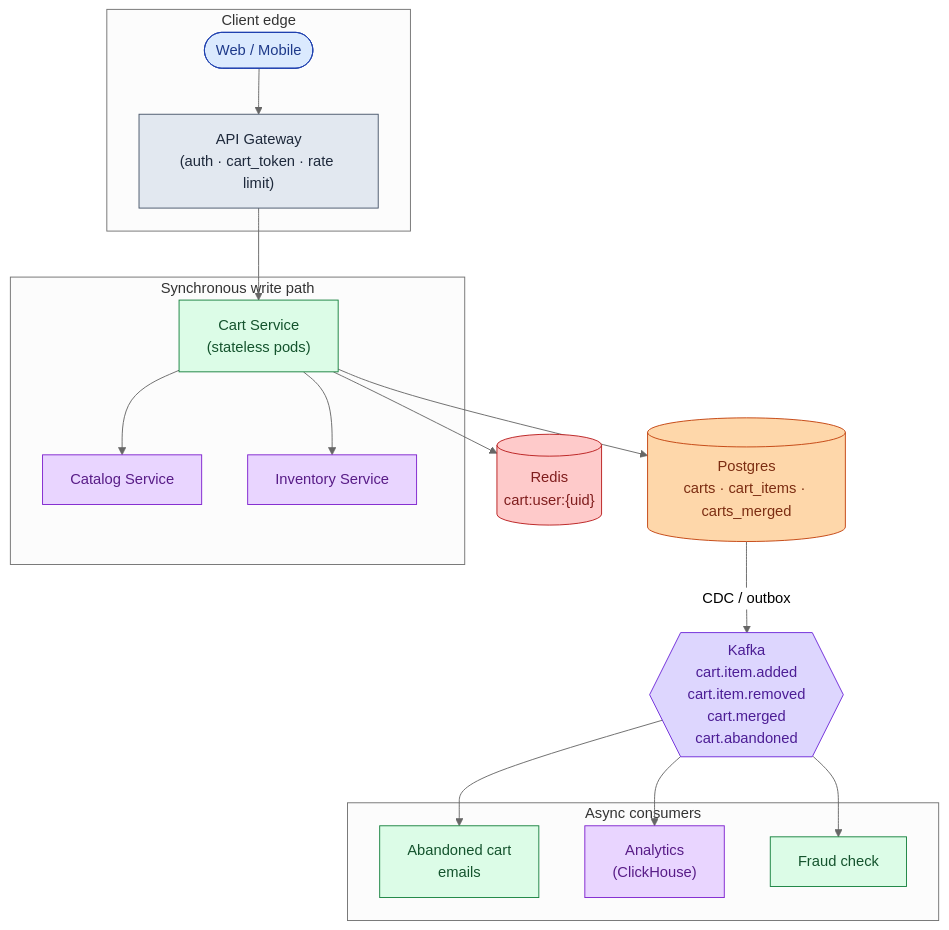
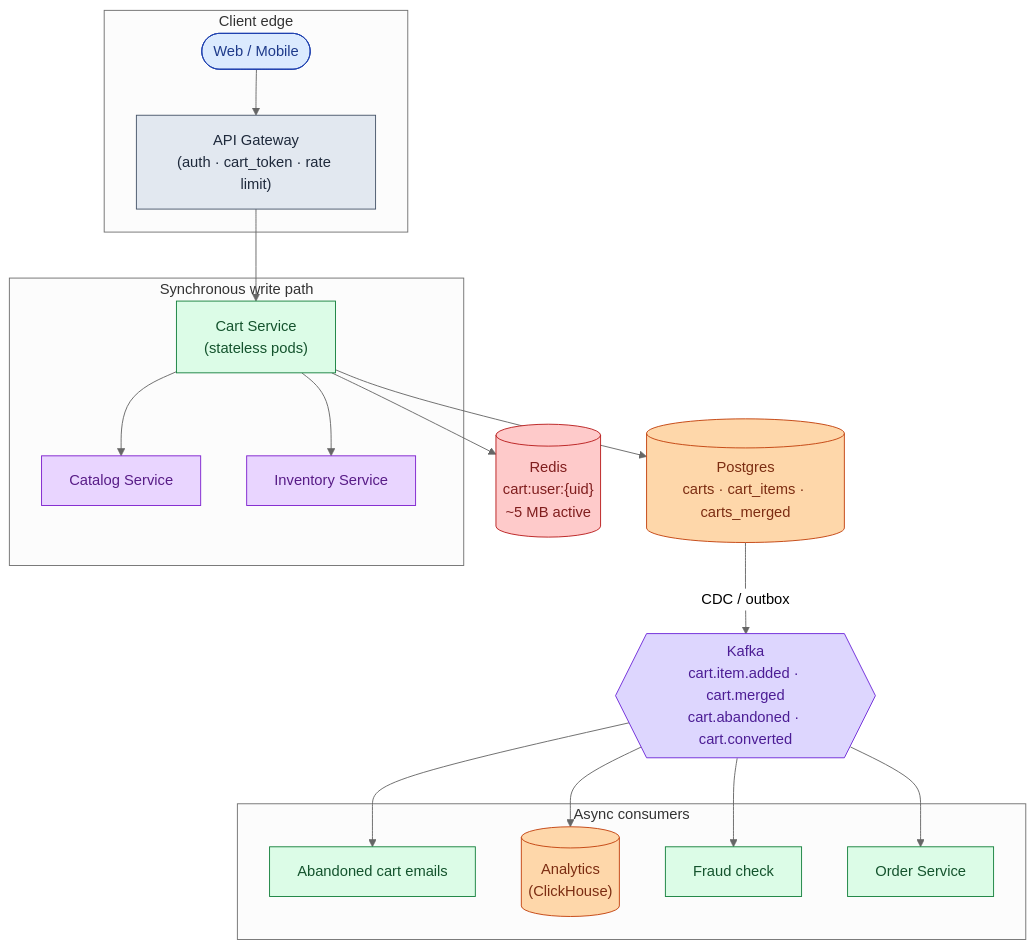
Before and after one commit to shiningflash/shiningflash.github.io: diagram 14 of 16 in _practice/system-design/012-shopping-cart.md, drawn with Mermaid (neutral theme). The commit also changed other lines of this file and 18 other files, not shown here.

````diff
--- a/_practice/system-design/012-shopping-cart.md
+++ b/_practice/system-design/012-shopping-cart.md
@@ -803,43 +862,45 @@
 ```mermaid
 flowchart TB
     subgraph Edge["Client edge"]
         C([Web / Mobile]):::user
         GW["API Gateway<br/>(auth · cart_token · rate limit)"]:::edge
     end
 
     subgraph WritePath["Synchronous write path"]
         CS["Cart Service<br/>(stateless pods)"]:::app
         Cat["Catalog Service"]:::ext
         Inv["Inventory Service"]:::ext
     end
 
     DB[("Postgres<br/>carts · cart_items · carts_merged")]:::db
-    R[("Redis<br/>cart:user:{uid}")]:::cache
+    R[("Redis<br/>cart:user:{uid}<br/>~5 MB active")]:::cache
 
-    K{{"Kafka<br/>cart.item.added<br/>cart.item.removed<br/>cart.merged<br/>cart.abandoned"}}:::queue
+    K{{"Kafka<br/>cart.item.added · cart.merged<br/>cart.abandoned · cart.converted"}}:::queue
 
     subgraph Consumers["Async consumers"]
-        AB["Abandoned cart<br/>emails"]:::app
-        AN["Analytics<br/>(ClickHouse)"]:::ext
+        AB["Abandoned cart emails"]:::app
+        AN[("Analytics<br/>(ClickHouse)")]:::db
         FR["Fraud check"]:::app
+        ORD["Order Service"]:::app
     end
 
     C --> GW
     GW --> CS
     CS --> Cat
     CS --> Inv
     CS --> R
     CS --> DB
     DB -->|CDC / outbox| K
     K --> AB
     K --> AN
     K --> FR
+    K --> ORD
 
     classDef user fill:#dbeafe,stroke:#1e40af,color:#1e3a8a
     classDef edge fill:#e2e8f0,stroke:#475569,color:#1e293b
     classDef app fill:#dcfce7,stroke:#15803d,color:#14532d
     classDef db fill:#fed7aa,stroke:#c2410c,color:#7c2d12
     classDef cache fill:#fecaca,stroke:#b91c1c,color:#7f1d1d
     classDef queue fill:#ddd6fe,stroke:#6d28d9,color:#4c1d95
     classDef ext fill:#e9d5ff,stroke:#7e22ce,color:#581c87
 ```
````
